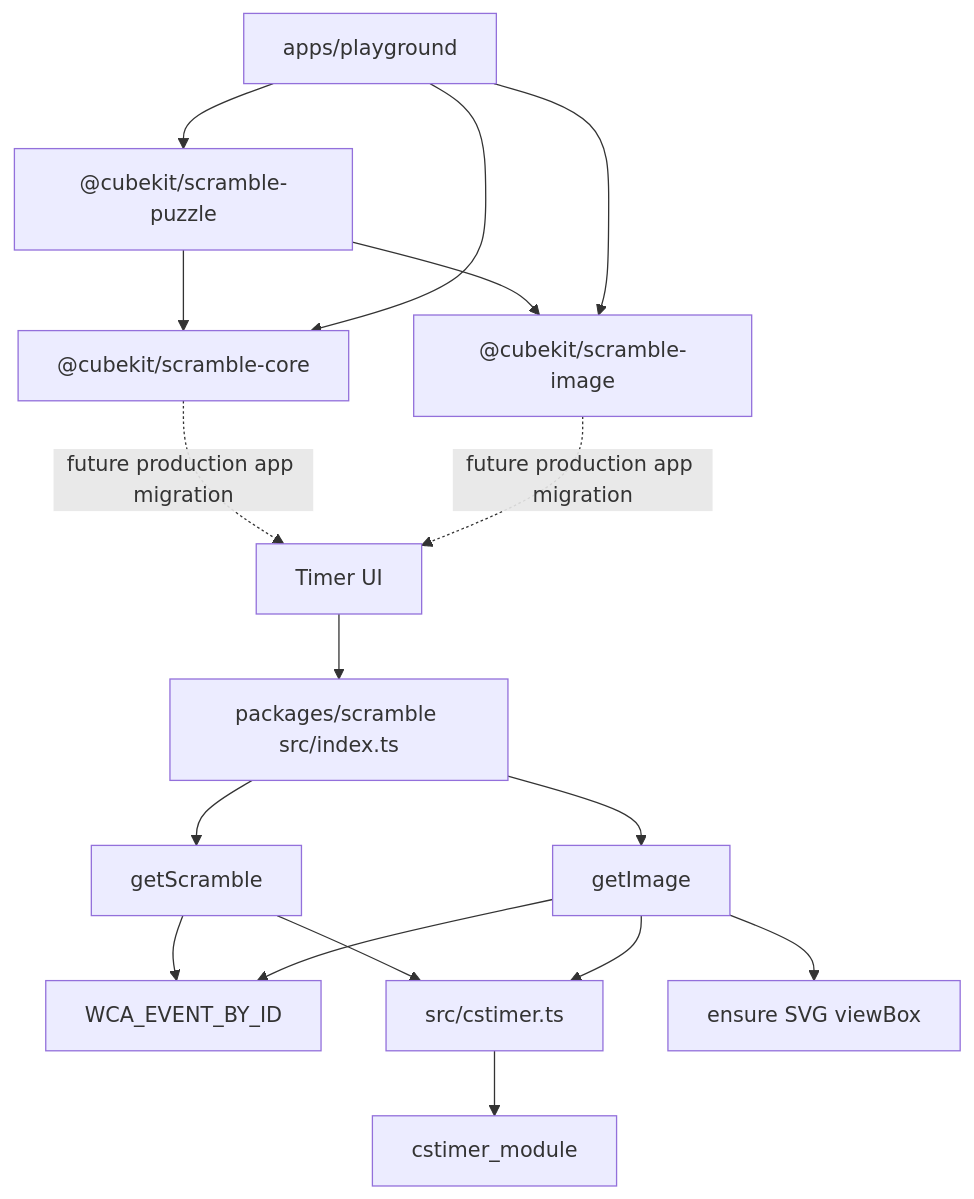
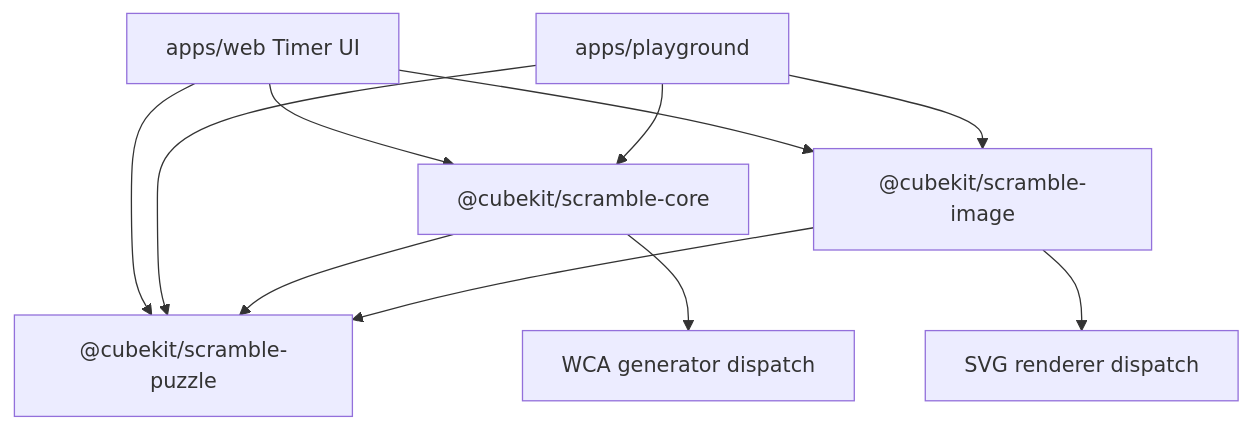
Before and after one commit to deweyou/cube-kit: the diagram in docs/scramble-runtime.md, drawn with Mermaid. The commit also changed other lines of this file and 42 other files, not shown here.

````diff
--- a/docs/scramble-runtime.md
+++ b/docs/scramble-runtime.md
@@ -3,19 +3,13 @@
 ```mermaid
 flowchart TD
-    UI["Timer UI"] --> PublicAPI["packages/scramble src/index.ts"]
-    PublicAPI --> Scramble["getScramble"]
-    PublicAPI --> Image["getImage"]
-    Scramble --> Events["WCA_EVENT_BY_ID"]
-    Image --> Events
-    Scramble --> CstimerAdapter["src/cstimer.ts"]
-    Image --> CstimerAdapter
-    CstimerAdapter --> Upstream["cstimer_module"]
-    Image --> ViewBox["ensure SVG viewBox"]
-    NewPuzzle["@cubekit/scramble-puzzle"] --> NewCore["@cubekit/scramble-core"]
-    NewPuzzle --> NewImage["@cubekit/scramble-image"]
-    Playground["apps/playground"] --> NewCore
-    Playground --> NewImage
-    Playground --> NewPuzzle
-    NewCore -. "future production app migration" .-> UI
-    NewImage -. "future production app migration" .-> UI
+    UI["apps/web Timer UI"] --> Core["@cubekit/scramble-core"]
+    UI --> Image["@cubekit/scramble-image"]
+    UI --> Puzzle["@cubekit/scramble-puzzle"]
+    Playground["apps/playground"] --> Core
+    Playground --> Image
+    Playground --> Puzzle
+    Core --> Puzzle
+    Image --> Puzzle
+    Core --> Generators["WCA generator dispatch"]
+    Image --> Renderers["SVG renderer dispatch"]
 ```
````
